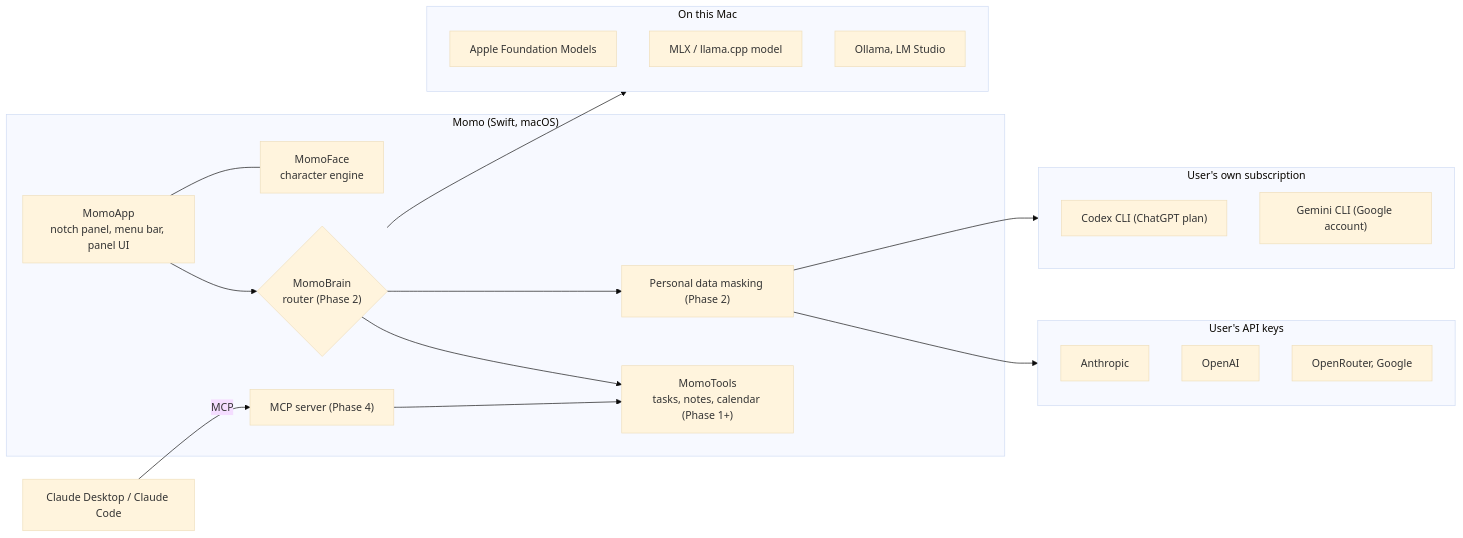
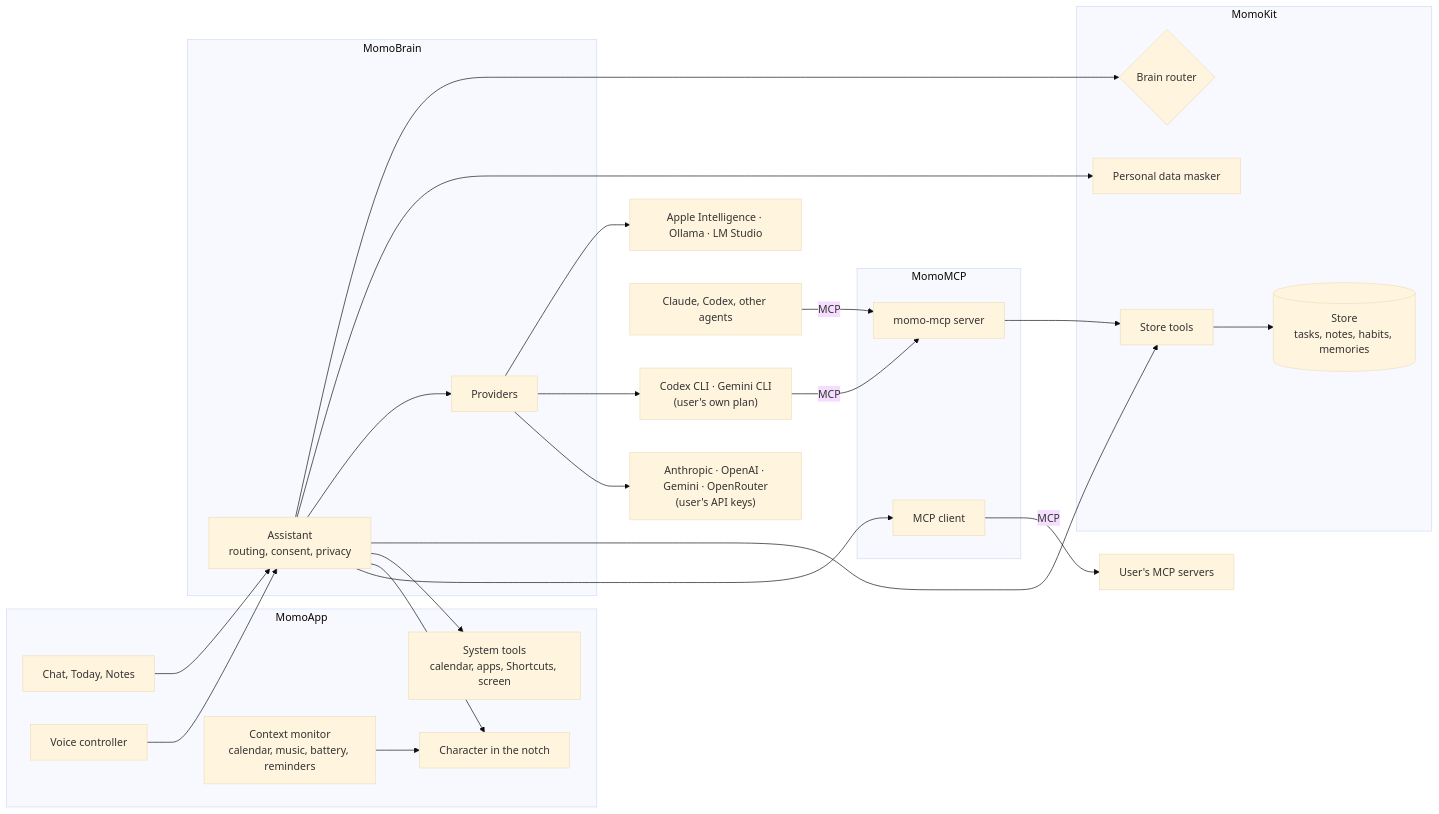
One commit to uemrey0/momo changed the diagram in docs/architecture.md. Above: the diagram before and after it, drawn with Mermaid (base theme). The commit also changed other lines of this file and 8 other files, not shown here.

````diff
--- a/docs/architecture.md
+++ b/docs/architecture.md
@@ -8,35 +8,47 @@
 ```mermaid
 flowchart LR
-  subgraph App["Momo (Swift, macOS)"]
-    Face["MomoFace\ncharacter engine"]
-    Shell["MomoApp\nnotch panel, menu bar, panel UI"]
-    Brain{"MomoBrain\nrouter (Phase 2)"}
-    PII["Personal data masking (Phase 2)"]
-    Tools["MomoTools\ntasks, notes, calendar (Phase 1+)"]
-    MCPS["MCP server (Phase 4)"]
+  subgraph App["MomoApp"]
+    Face["Character in the notch"]
+    Panel["Chat, Today, Notes"]
+    Voice["Voice controller"]
+    Context["Context monitor\ncalendar, music, battery, reminders"]
+    System["System tools\ncalendar, apps, Shortcuts, screen"]
   end
-  subgraph Local["On this Mac"]
-    AFM["Apple Foundation Models"]
-    MLX["MLX / llama.cpp model"]
-    OLL["Ollama, LM Studio"]
+  subgraph Brain["MomoBrain"]
+    Assistant["Assistant\nrouting, consent, privacy"]
+    Providers["Providers"]
   end
-  subgraph Sub["User's own subscription"]
-    CDX["Codex CLI (ChatGPT plan)"]
-    GEM["Gemini CLI (Google account)"]
+  subgraph Kit["MomoKit"]
+    Store[("Store\ntasks, notes, habits, memories")]
+    Tools["Store tools"]
+    Router{"Brain router"}
+    Masker["Personal data masker"]
   end
-  subgraph Keys["User's API keys"]
-    ANT["Anthropic"]
-    OAI["OpenAI"]
-    ORT["OpenRouter, Google"]
+  subgraph MCP["MomoMCP"]
+    Server["momo-mcp server"]
+    Client["MCP client"]
   end
-  CL["Claude Desktop / Claude Code"]
-  Shell --- Face
-  Shell --> Brain
-  Brain --> Local
-  Brain --> PII
-  PII --> Sub
-  PII --> Keys
-  Brain --> Tools
-  CL -- MCP --> MCPS
-  MCPS --> Tools
+  Local["Apple Intelligence · Ollama · LM Studio"]
+  Sub["Codex CLI · Gemini CLI\n(user's own plan)"]
+  Keys["Anthropic · OpenAI · Gemini · OpenRouter\n(user's API keys)"]
+  Agents["Claude, Codex, other agents"]
+  Theirs["User's MCP servers"]
+
+  Panel --> Assistant
+  Voice --> Assistant
+  Assistant --> Router
+  Assistant --> Masker
+  Assistant --> Providers
+  Providers --> Local
+  Providers --> Sub
+  Providers --> Keys
+  Assistant --> Tools
+  Assistant --> System
+  Tools --> Store
+  Context --> Face
+  Assistant --> Face
+  Agents -- MCP --> Server --> Tools
+  Sub -- MCP --> Server
+  Client -- MCP --> Theirs
+  Assistant --> Client
 ```
````
